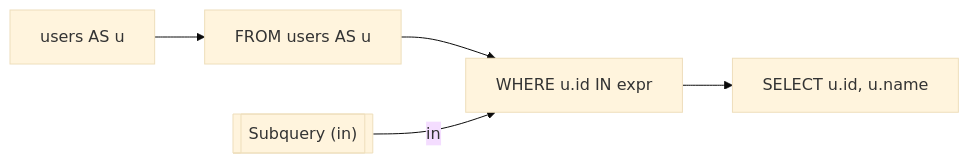
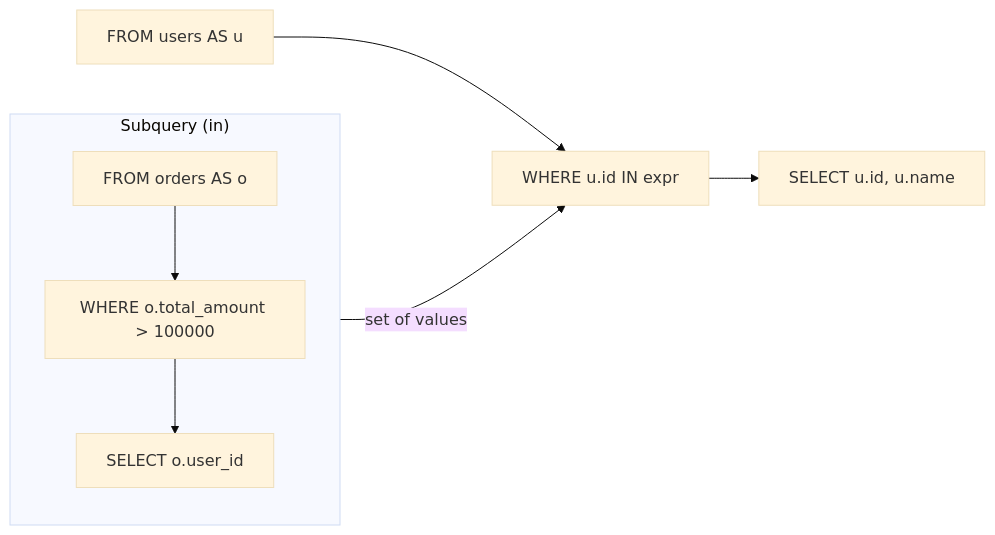
Before and after one commit to rot1024/sqloflow: the diagram in examples/subquery_in.mmd, drawn with Mermaid (base theme). The commit also changed 68 other files, not shown here.

```diff
--- a/examples/subquery_in.mmd
+++ b/examples/subquery_in.mmd
@@ -1,10 +1,15 @@
 flowchart LR
-    node_0[users AS u]
-    node_1[FROM users AS u]
-    node_2["WHERE u.id IN expr"]
-    node_3[["Subquery (in)"]]
-    node_4["SELECT u.id, u.name"]
+    node_0[FROM users AS u]
+    node_1["WHERE u.id IN expr"]
+    subgraph subquery_node_2 ["Subquery (in)"]
+        direction TB
+        subq_2_node_0[FROM orders AS o]
+        subq_2_node_1["WHERE o.total_amount &gt; 100000"]
+        subq_2_node_2["SELECT o.user_id"]
+        subq_2_node_0 --> subq_2_node_1
+        subq_2_node_1 --> subq_2_node_2
+    end
+    subq_2_node_2 -->|set of values| node_1
+    node_3["SELECT u.id, u.name"]
     node_0 --> node_1
-    node_1 --> node_2
-    node_3 -->|in| node_2
-    node_2 --> node_4
+    node_1 --> node_3
```
